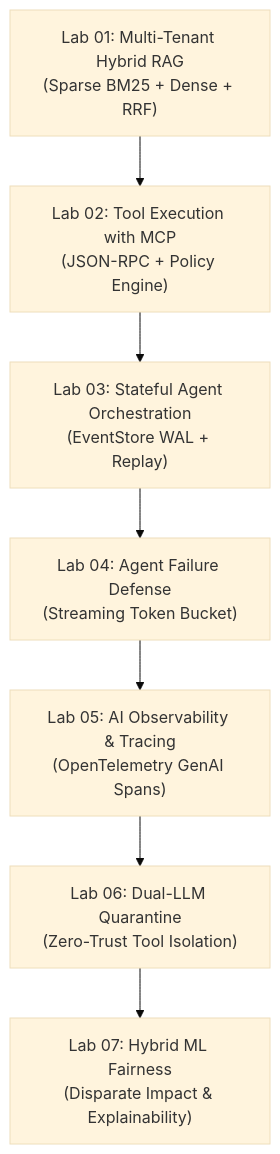
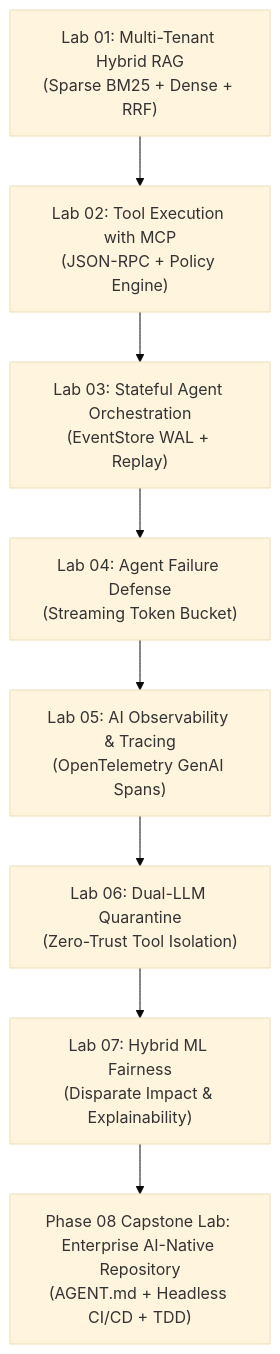
One commit to dip4k/senior-engineer-to-ai-engineer-roadmap changed the diagram in LEARNING_WITH_AGENTS.md. Above: the diagram before and after it, drawn with Mermaid (base theme). The commit also changed other lines of this file and 8 other files, not shown here.

Commit message:
chore(agent-configs): synchronize Claude, Gemini, and Copilot configurations with roadmap and Phase 08

````diff
--- a/LEARNING_WITH_AGENTS.md
+++ b/LEARNING_WITH_AGENTS.md
@@ -64,9 +72,10 @@
 ```mermaid
 flowchart TD
     L1["Lab 01: Multi-Tenant Hybrid RAG<br>(Sparse BM25 + Dense + RRF)"] --> L2["Lab 02: Tool Execution with MCP<br>(JSON-RPC + Policy Engine)"]
     L2 --> L3["Lab 03: Stateful Agent Orchestration<br>(EventStore WAL + Replay)"]
     L3 --> L4["Lab 04: Agent Failure Defense<br>(Streaming Token Bucket)"]
     L4 --> L5["Lab 05: AI Observability & Tracing<br>(OpenTelemetry GenAI Spans)"]
     L5 --> L6["Lab 06: Dual-LLM Quarantine<br>(Zero-Trust Tool Isolation)"]
     L6 --> L7["Lab 07: Hybrid ML Fairness<br>(Disparate Impact & Explainability)"]
+    L7 --> CAP["Phase 08 Capstone Lab: Enterprise AI-Native Repository<br>(AGENT.md + Headless CI/CD + TDD)"]
 ```
````
